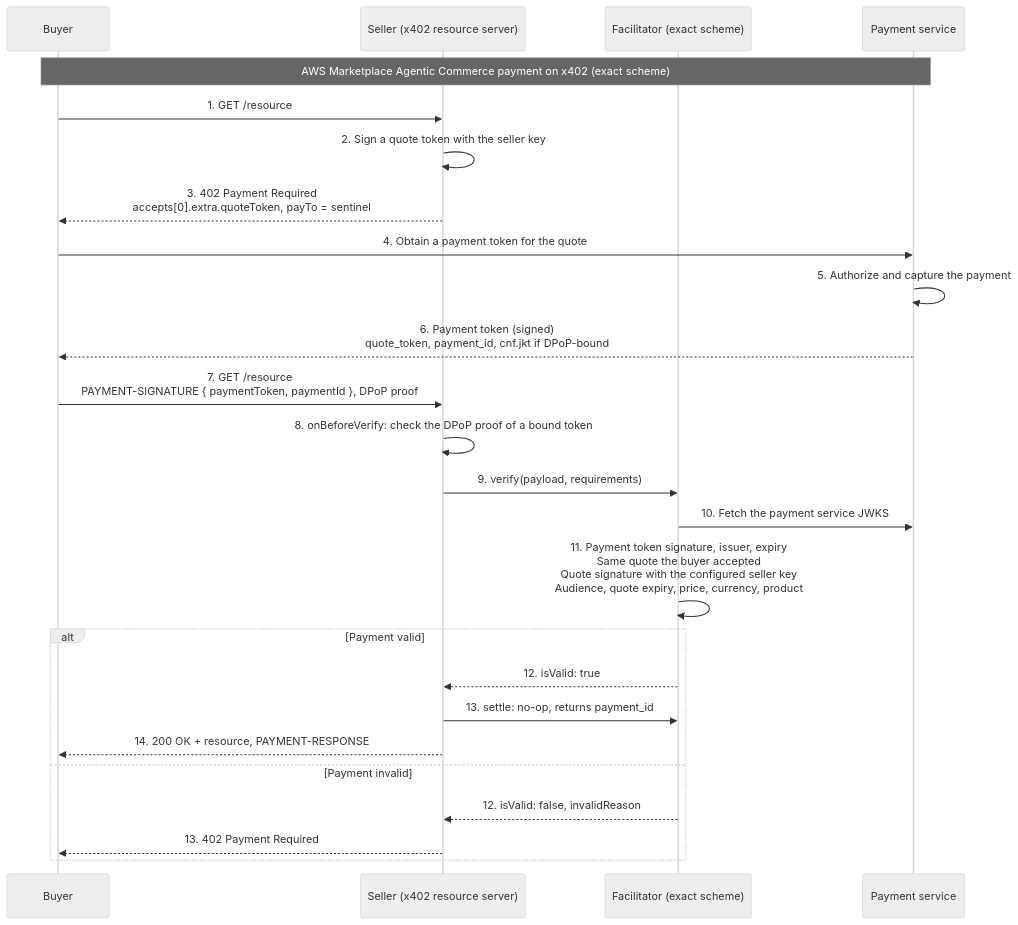
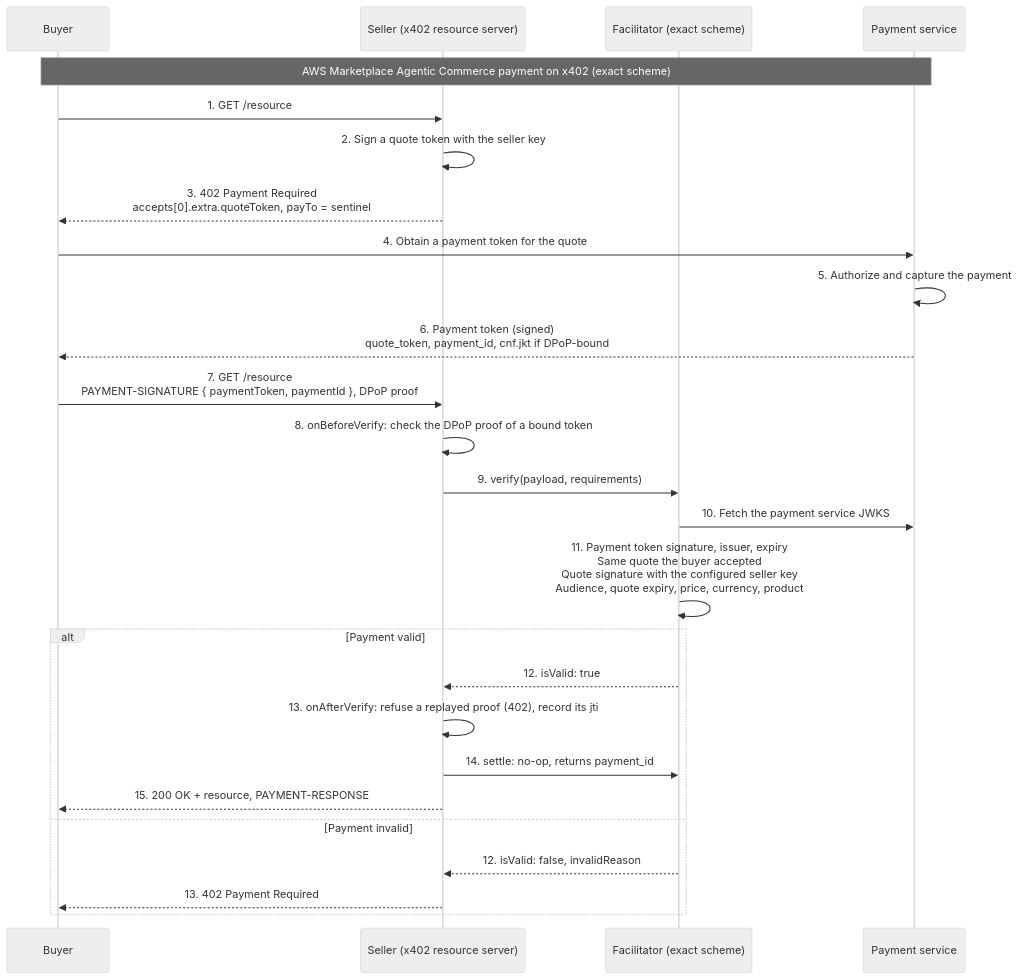
The diagram in docs/payment-flow.mmd (aws/fiat-extension-for-x402), drawn with Mermaid (neutral theme) before and after one commit. The commit also changed 13 other files, not shown here.

First line of the commit message:
fix(dpop): Record a DPoP proof id only after the payment token is verified (#47)

```diff
--- a/docs/payment-flow.mmd
+++ b/docs/payment-flow.mmd
@@ -1,30 +1,31 @@
 sequenceDiagram
     participant Buyer
     participant Seller as Seller (x402 resource server)
     participant Facilitator as Facilitator (exact scheme)
     participant Service as Payment service
 
     Note over Buyer,Service: AWS Marketplace Agentic Commerce payment on x402 (exact scheme)
 
     Buyer->>Seller: 1. GET /resource
     Seller->>Seller: 2. Sign a quote token with the seller key
     Seller-->>Buyer: 3. 402 Payment Required<br/>accepts[0].extra.quoteToken, payTo = sentinel
 
     Buyer->>Service: 4. Obtain a payment token for the quote
     Service->>Service: 5. Authorize and capture the payment
     Service-->>Buyer: 6. Payment token (signed)<br/>quote_token, payment_id, cnf.jkt if DPoP-bound
 
     Buyer->>Seller: 7. GET /resource<br/>PAYMENT-SIGNATURE { paymentToken, paymentId }, DPoP proof
     Seller->>Seller: 8. onBeforeVerify: check the DPoP proof of a bound token
     Seller->>Facilitator: 9. verify(payload, requirements)
     Facilitator->>Service: 10. Fetch the payment service JWKS
     Facilitator->>Facilitator: 11. Payment token signature, issuer, expiry<br/>Same quote the buyer accepted<br/>Quote signature with the configured seller key<br/>Audience, quote expiry, price, currency, product
 
     alt Payment valid
         Facilitator-->>Seller: 12. isValid: true
-        Seller->>Facilitator: 13. settle: no-op, returns payment_id
-        Seller-->>Buyer: 14. 200 OK + resource, PAYMENT-RESPONSE
+        Seller->>Seller: 13. onAfterVerify: refuse a replayed proof (402), record its jti
+        Seller->>Facilitator: 14. settle: no-op, returns payment_id
+        Seller-->>Buyer: 15. 200 OK + resource, PAYMENT-RESPONSE
     else Payment invalid
         Facilitator-->>Seller: 12. isValid: false, invalidReason
         Seller-->>Buyer: 13. 402 Payment Required
     end
```
